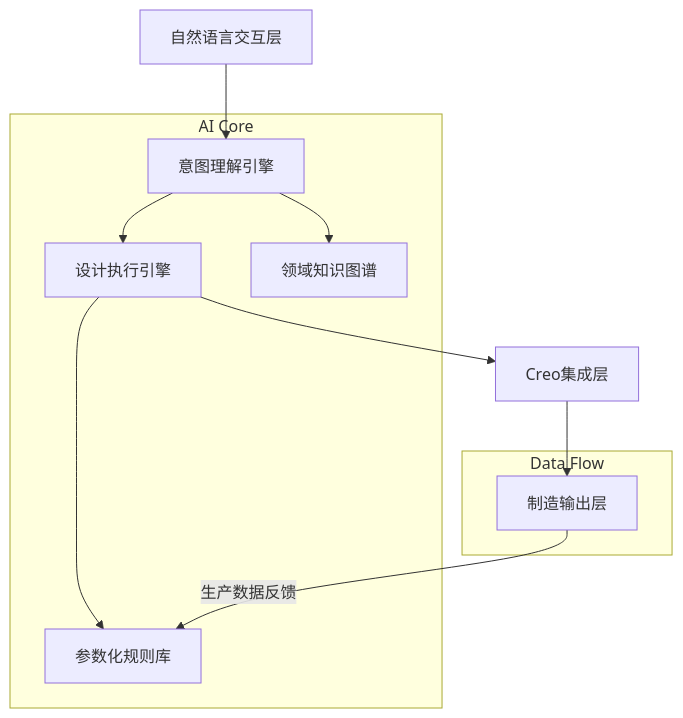
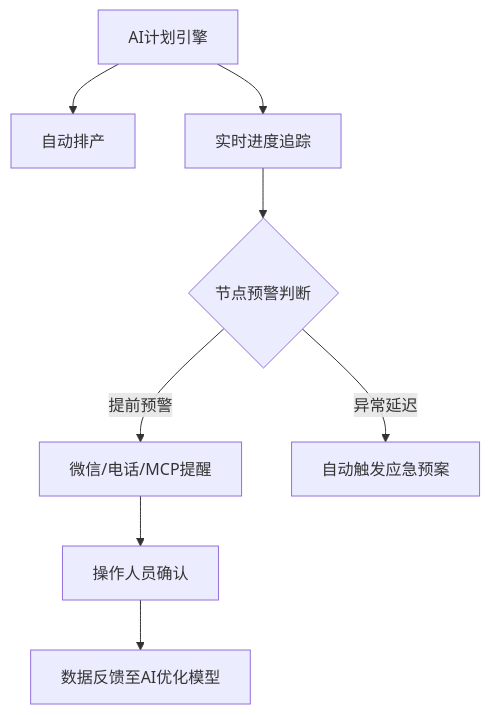
One commit to ShilinYang123/PG-PMC changed the first of 2 diagrams in docs/01-设计/开发任务书.md. Above: the diagram before and after it, drawn with Mermaid. The commit also changed other lines of this file and 108 other files, not shown here.

````diff
--- a/docs/01-设计/开发任务书.md
+++ b/docs/01-设计/开发任务书.md
@@ -27,16 +9,10 @@
 ```mermaid
-graph TB
-    A[自然语言交互层] --> B[意图理解引擎]
-    B --> C[设计执行引擎]
-    C --> D[Creo集成层]
-    D --> E[制造输出层]
-    
-    subgraph AI Core
-    B --> F[领域知识图谱]
-    C --> G[参数化规则库]
-    end
-    
-    subgraph Data Flow
-    E -->|生产数据反馈| G
-    end
+graph TD
+    A[AI计划引擎] --> B[自动排产]
+    A --> C[实时进度追踪]
+    C --> D{节点预警判断}
+    D -->|提前预警| E[微信/电话/MCP提醒]
+    D -->|异常延迟| F[自动触发应急预案]
+    E --> G[操作人员确认]
+    G --> H[数据反馈至AI优化模型]
 ```
````
